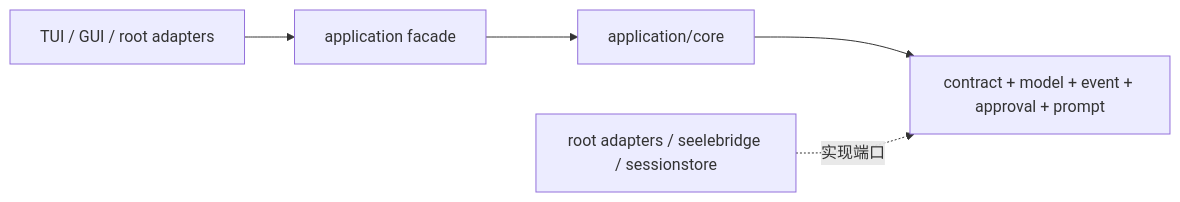
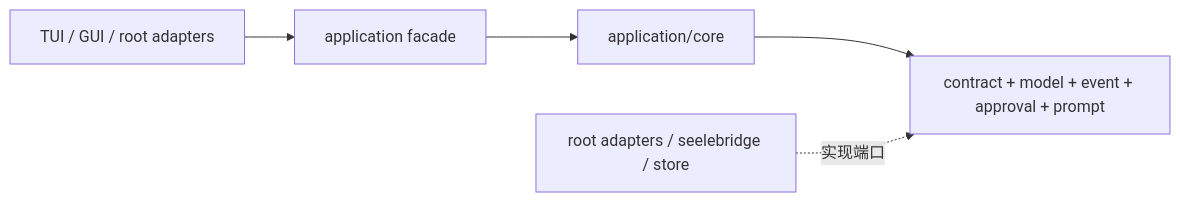
Before and after one commit to RedHuang-0622/seelex: the fifth of 5 diagrams in application/README.md, drawn with Mermaid. The commit also changed other lines of this file and 1013 other files, not shown here.

````diff
--- a/application/README.md
+++ b/application/README.md
@@ -204,7 +229,7 @@
 ```mermaid
 flowchart LR
     FE["TUI / GUI / root adapters"] --> FAC["application facade"]
     FAC --> CORE["application/core"]
     CORE --> SIDE["contract + model + event + approval + prompt"]
-    IMPL["root adapters / seelebridge / sessionstore"] -.->|实现端口| SIDE
+    IMPL["root adapters / seelebridge / store"] -.->|实现端口| SIDE
 ```
````
